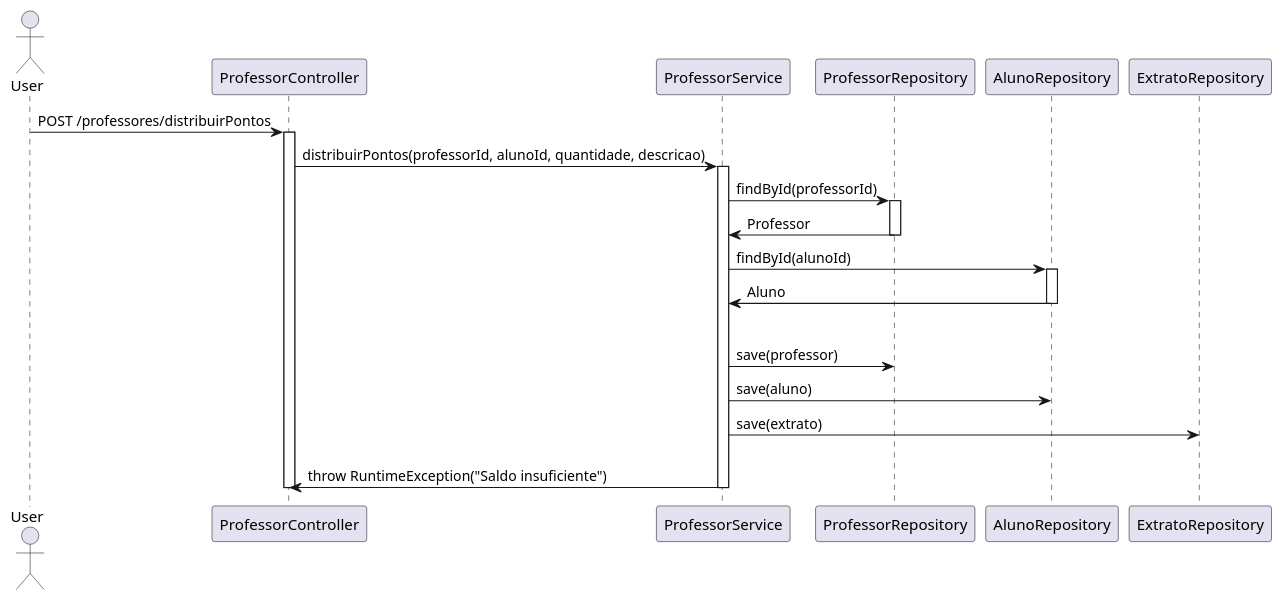
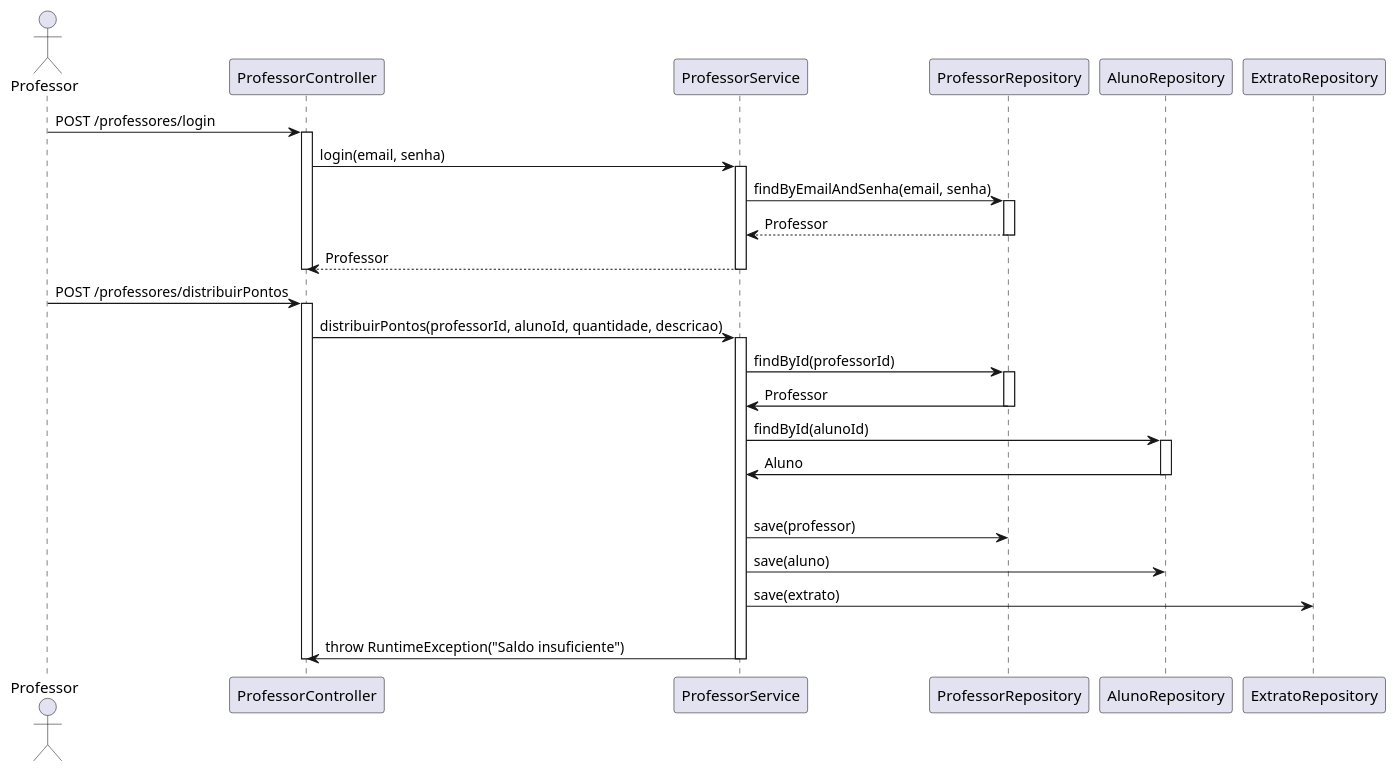
The diagram in project/code/Diagrama de Sequencia.puml (PedroRamos98/Sistema-de-Moeda-Estudantil), drawn with PlantUML before and after one commit.

Commit message:
Fix Diagrama de Sequencia

```diff
--- a/project/code/Diagrama de Sequencia.puml
+++ b/project/code/Diagrama de Sequencia.puml
@@ -1,31 +1,43 @@
 @startuml
-actor User
+actor Professor
 participant "ProfessorController" as PC
 participant "ProfessorService" as PS
 participant "ProfessorRepository" as PR
 participant "AlunoRepository" as AR
 participant "ExtratoRepository" as ER
 
-User -> PC: POST /professores/distribuirPontos
+Professor -> PC: POST /professores/login
+activate PC
+PC -> PS: login(email, senha)
+activate PS
+PS -> PR: findByEmailAndSenha(email, senha)
+activate PR
+PR --> PS: Professor
+deactivate PR
+PS --> PC: Professor
+deactivate PS
+deactivate PC
+
+Professor -> PC: POST /professores/distribuirPontos
 activate PC
 PC -> PS: distribuirPontos(professorId, alunoId, quantidade, descricao)
 activate PS
 PS -> PR: findById(professorId)
 activate PR
 PR -> PS: Professor
 deactivate PR
 
 PS -> AR: findById(alunoId)
 activate AR
 AR -> PS: Aluno
 deactivate AR
 
 alt Professor has enough coins
     PS -> PR: save(professor)
     PS -> AR: save(aluno)
     PS -> ER: save(extrato)
 else Professor does not have enough coins
     PS -> PC: throw RuntimeException("Saldo insuficiente")
 deactivate PS
 deactivate PC
 @enduml
```
